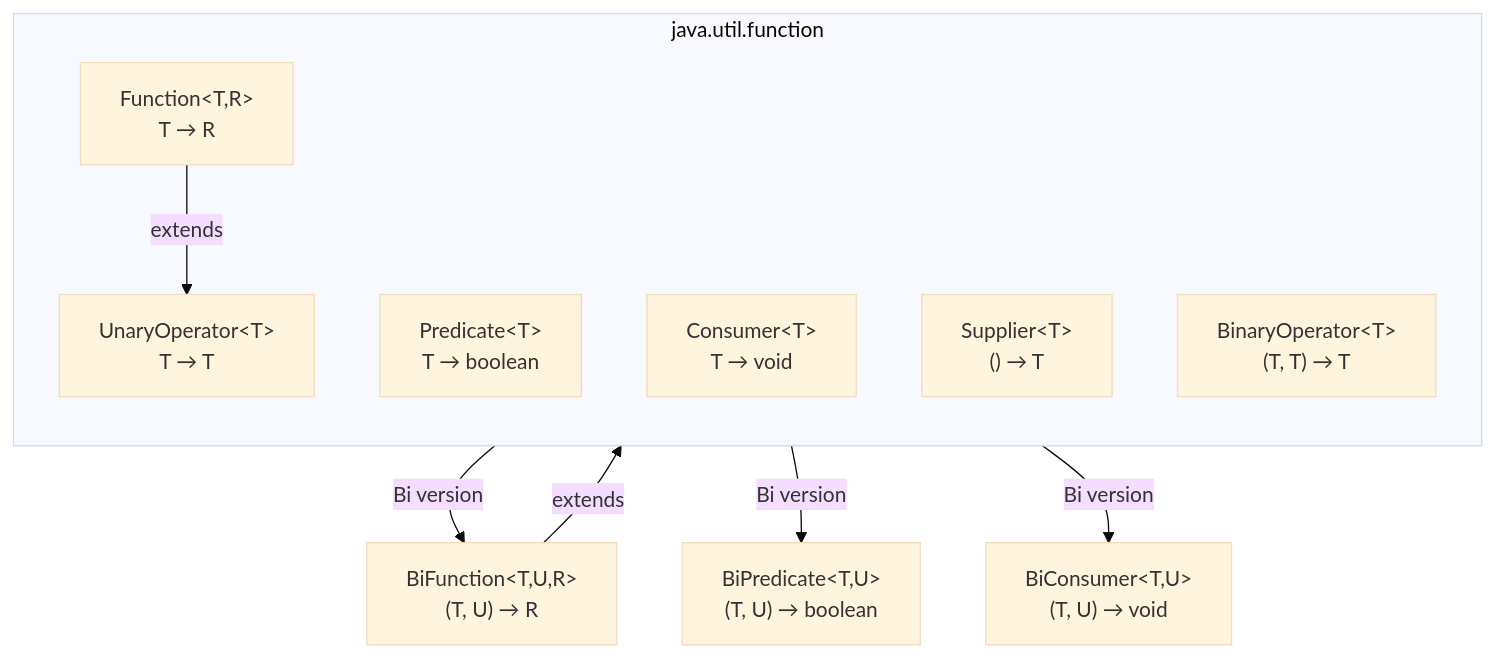
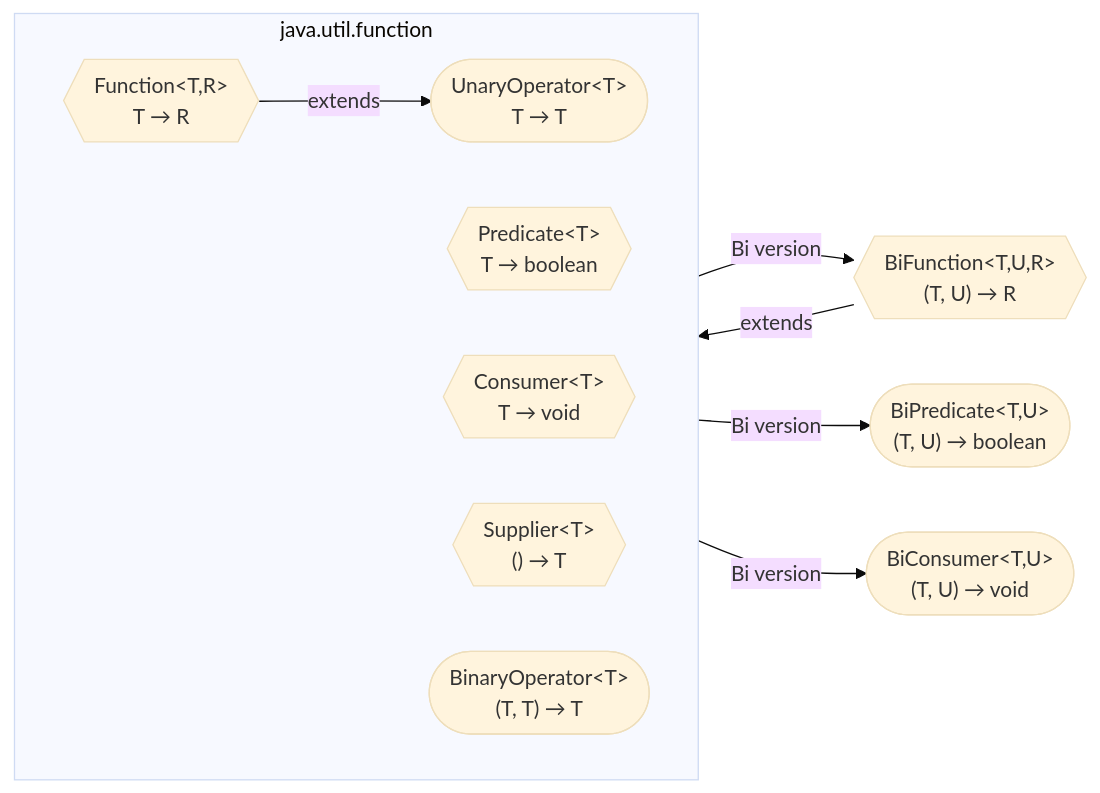
Before and after one commit to saivamsikaruturi/vamsilabs-dev-notes-main: the first of 4 diagrams in docs/java/FunctionalProgramming.md, drawn with Mermaid (base theme). The commit also changed other lines of this file and 146 other files, not shown here.

Commit message:
Horizontal diagrams, UML class diagrams, typography overhaul, and permalink cleanup

````diff
--- a/docs/java/FunctionalProgramming.md
+++ b/docs/java/FunctionalProgramming.md
@@ -29,17 +29,17 @@
 ```mermaid
-graph TD
+flowchart LR
     subgraph "java.util.function"
-        direction TB
-        F["Function&lt;T,R&gt;<br/>T → R"]
-        P["Predicate&lt;T&gt;<br/>T → boolean"]
-        C["Consumer&lt;T&gt;<br/>T → void"]
-        S["Supplier&lt;T&gt;<br/>() → T"]
-        UO["UnaryOperator&lt;T&gt;<br/>T → T"]
-        BO["BinaryOperator&lt;T&gt;<br/>(T, T) → T"]
+        direction LR
+        F{{"Function&lt;T,R&gt;<br/>T → R"}}
+        P{{"Predicate&lt;T&gt;<br/>T → boolean"}}
+        C{{"Consumer&lt;T&gt;<br/>T → void"}}
+        S{{"Supplier&lt;T&gt;<br/>() → T"}}
+        UO(["UnaryOperator&lt;T&gt;<br/>T → T"])
+        BO(["BinaryOperator&lt;T&gt;<br/>(T, T) → T"])
     end
     F -->|"extends"| UO
-    F -->|"Bi version"| BF["BiFunction&lt;T,U,R&gt;<br/>(T, U) → R"]
+    F -->|"Bi version"| BF{{"BiFunction&lt;T,U,R&gt;<br/>(T, U) → R"}}
     BF -->|"extends"| BO
-    P -->|"Bi version"| BP["BiPredicate&lt;T,U&gt;<br/>(T, U) → boolean"]
-    C -->|"Bi version"| BC["BiConsumer&lt;T,U&gt;<br/>(T, U) → void"]
+    P -->|"Bi version"| BP(["BiPredicate&lt;T,U&gt;<br/>(T, U) → boolean"])
+    C -->|"Bi version"| BC(["BiConsumer&lt;T,U&gt;<br/>(T, U) → void"])
 ```
````
